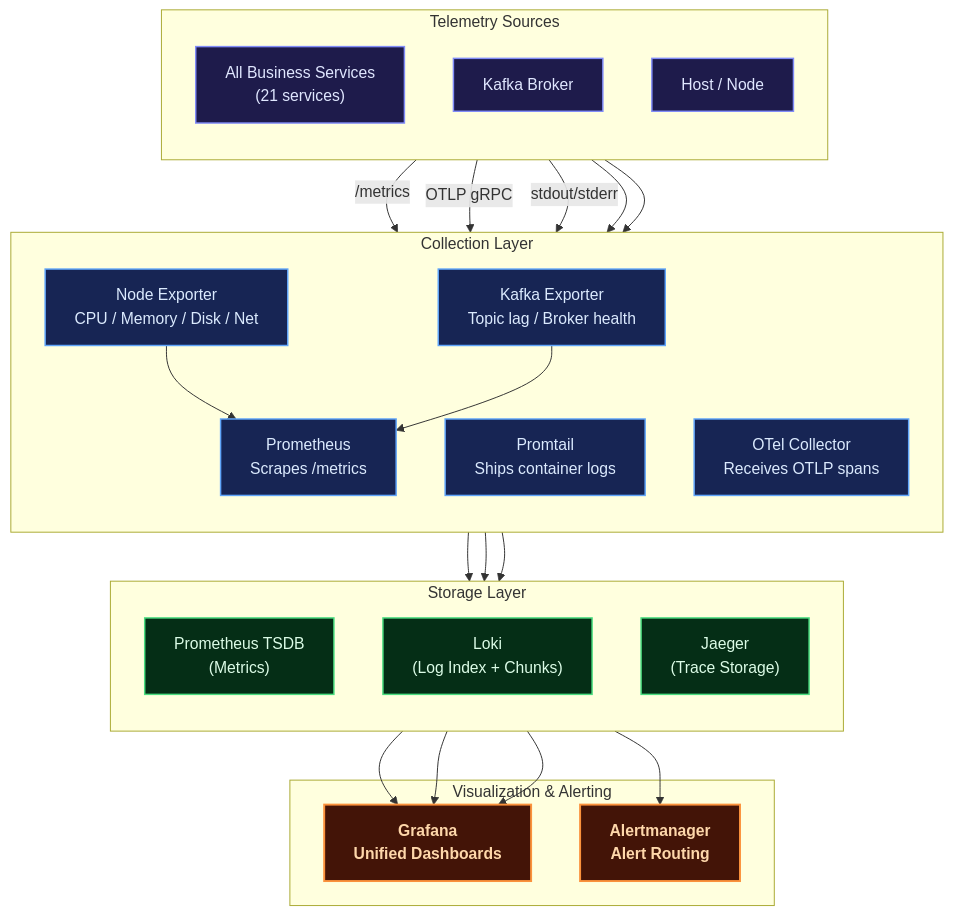
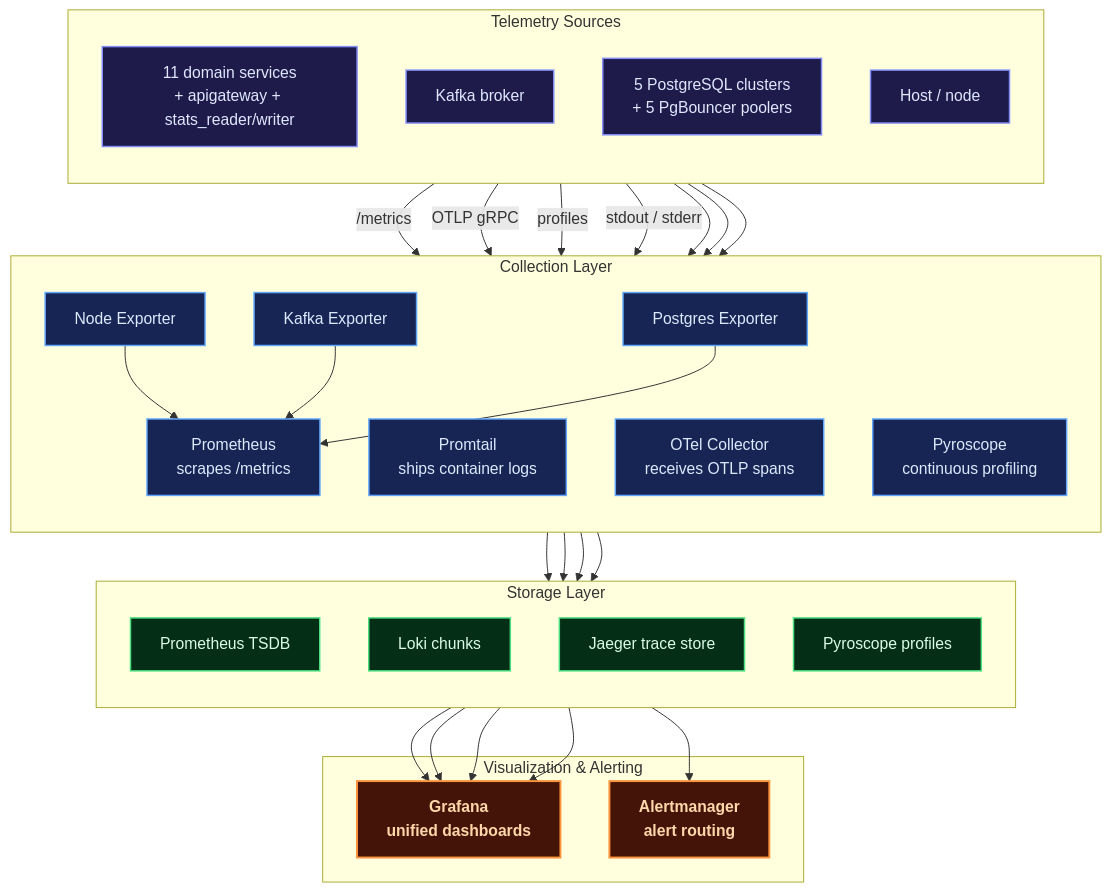
One commit to MamangRust/microservice-pointofsale-gorm-graphql changed diagram 11 of 13 in README.md. Above: the diagram before and after it, drawn with Mermaid. The commit also changed other lines of this file and 363 other files, not shown here.

Commit message:
PostgreSQL cluster-per-bounded-context

````diff
--- a/README.md
+++ b/README.md
@@ -311,52 +699,61 @@
 ```mermaid
 graph TB
     classDef service fill:#1e1b4b,stroke:#818cf8,color:#e0e7ff,stroke-width:1.5px
     classDef collector fill:#172554,stroke:#60a5fa,color:#dbeafe,stroke-width:1.5px
     classDef storage fill:#052e16,stroke:#4ade80,color:#dcfce7,stroke-width:1.5px
     classDef viz fill:#431407,stroke:#fb923c,color:#fed7aa,stroke-width:2px,font-weight:bold
 
     subgraph Sources["Telemetry Sources"]
         direction TB
-        SVCS["All Business Services<br/>(21 services)"]:::service
-        KAFKA_SRC["Kafka Broker"]:::service
-        NODES["Host / Node"]:::service
+        SVCS["11 domain services<br/>+ apigateway + stats_reader/writer"]:::service
+        KAFKA_SRC["Kafka broker"]:::service
+        PG_SRC["5 PostgreSQL clusters<br/>+ 5 PgBouncer poolers"]:::service
+        NODES["Host / node"]:::service
     end
 
     subgraph Collectors["Collection Layer"]
         direction TB
-        PROM["Prometheus<br/>Scrapes /metrics"]:::collector
-        PROMTAIL["Promtail<br/>Ships container logs"]:::collector
-        OTEL["OTel Collector<br/>Receives OTLP spans"]:::collector
-        NODEX["Node Exporter<br/>CPU / Memory / Disk / Net"]:::collector
-        KAFKAX["Kafka Exporter<br/>Topic lag / Broker health"]:::collector
+        PROM["Prometheus<br/>scrapes /metrics"]:::collector
+        PROMTAIL["Promtail<br/>ships container logs"]:::collector
+        OTEL["OTel Collector<br/>receives OTLP spans"]:::collector
+        NODEX["Node Exporter"]:::collector
+        KAFKAX["Kafka Exporter"]:::collector
+        PGX["Postgres Exporter"]:::collector
+        PYRO["Pyroscope<br/>continuous profiling"]:::collector
     end
 
     subgraph Storage["Storage Layer"]
         direction TB
-        PROM_TSDB["Prometheus TSDB<br/>(Metrics)"]:::storage
-        LOKI_STORE["Loki<br/>(Log Index + Chunks)"]:::storage
-        JAEGER_STORE["Jaeger<br/>(Trace Storage)"]:::storage
+        PROM_TSDB["Prometheus TSDB"]:::storage
+        LOKI_STORE["Loki chunks"]:::storage
+        JAEGER_STORE["Jaeger trace store"]:::storage
+        PYRO_STORE["Pyroscope profiles"]:::storage
     end
 
     subgraph Visualization["Visualization & Alerting"]
-        GRAFANA["Grafana<br/>Unified Dashboards"]:::viz
-        ALERTMGR["Alertmanager<br/>Alert Routing"]:::viz
+        GRAFANA["Grafana<br/>unified dashboards"]:::viz
+        ALERTMGR["Alertmanager<br/>alert routing"]:::viz
     end
 
     SVCS -->|"/metrics"| PROM
     SVCS -->|"OTLP gRPC"| OTEL
-    SVCS -->|"stdout/stderr"| PROMTAIL
+    SVCS -->|"profiles"| PYRO
+    SVCS -->|"stdout / stderr"| PROMTAIL
     NODES --> NODEX
     KAFKA_SRC --> KAFKAX
+    PG_SRC --> PGX
 
     NODEX --> PROM
     KAFKAX --> PROM
+    PGX --> PROM
     PROM --> PROM_TSDB
     PROMTAIL --> LOKI_STORE
     OTEL --> JAEGER_STORE
+    PYRO --> PYRO_STORE
 
     PROM_TSDB --> GRAFANA
     LOKI_STORE --> GRAFANA
     JAEGER_STORE --> GRAFANA
+    PYRO_STORE --> GRAFANA
     PROM_TSDB --> ALERTMGR
 ```
````
